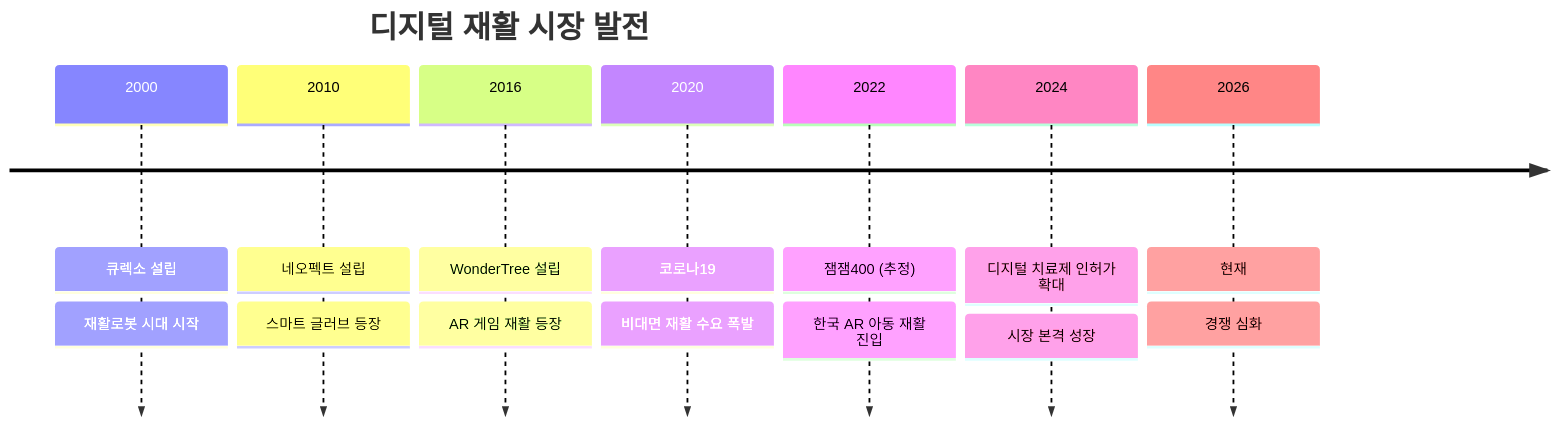
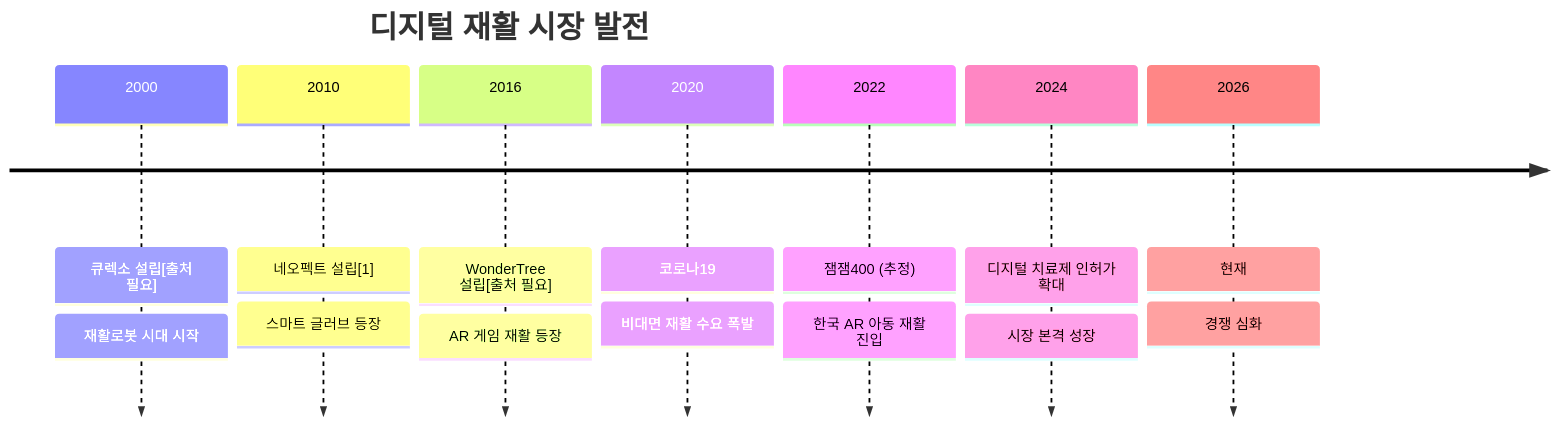
Before and after one commit to k-codepoet/ai-research-result: the fifth of 9 diagrams in gemgem400/charts/diagrams.md, drawn with Mermaid. The commit also changed other lines of this file and 20 other files, not shown here.

````diff
--- a/gemgem400/charts/diagrams.md
+++ b/gemgem400/charts/diagrams.md
@@ -116,18 +116,18 @@
 ```mermaid
 timeline
     title 디지털 재활 시장 발전
-    2000 : 큐렉소 설립
+    2000 : 큐렉소 설립[출처 필요]
          : 재활로봇 시대 시작
-    2010 : 네오펙트 설립
+    2010 : 네오펙트 설립[1]
          : 스마트 글러브 등장
-    2016 : WonderTree 설립
+    2016 : WonderTree 설립[출처 필요]
          : AR 게임 재활 등장
     2020 : 코로나19
          : 비대면 재활 수요 폭발
     2022 : 잼잼400 (추정)
          : 한국 AR 아동 재활 진입
     2024 : 디지털 치료제 인허가 확대
          : 시장 본격 성장
     2026 : 현재
          : 경쟁 심화
 ```
````
